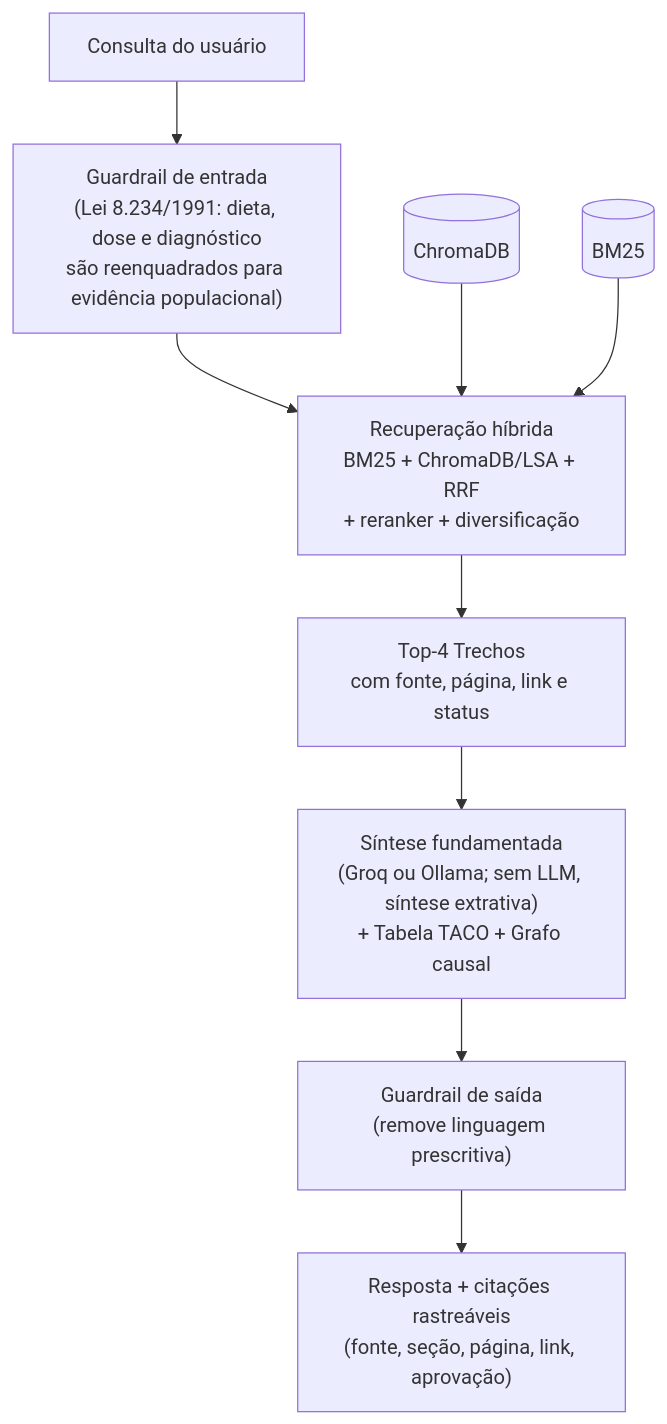
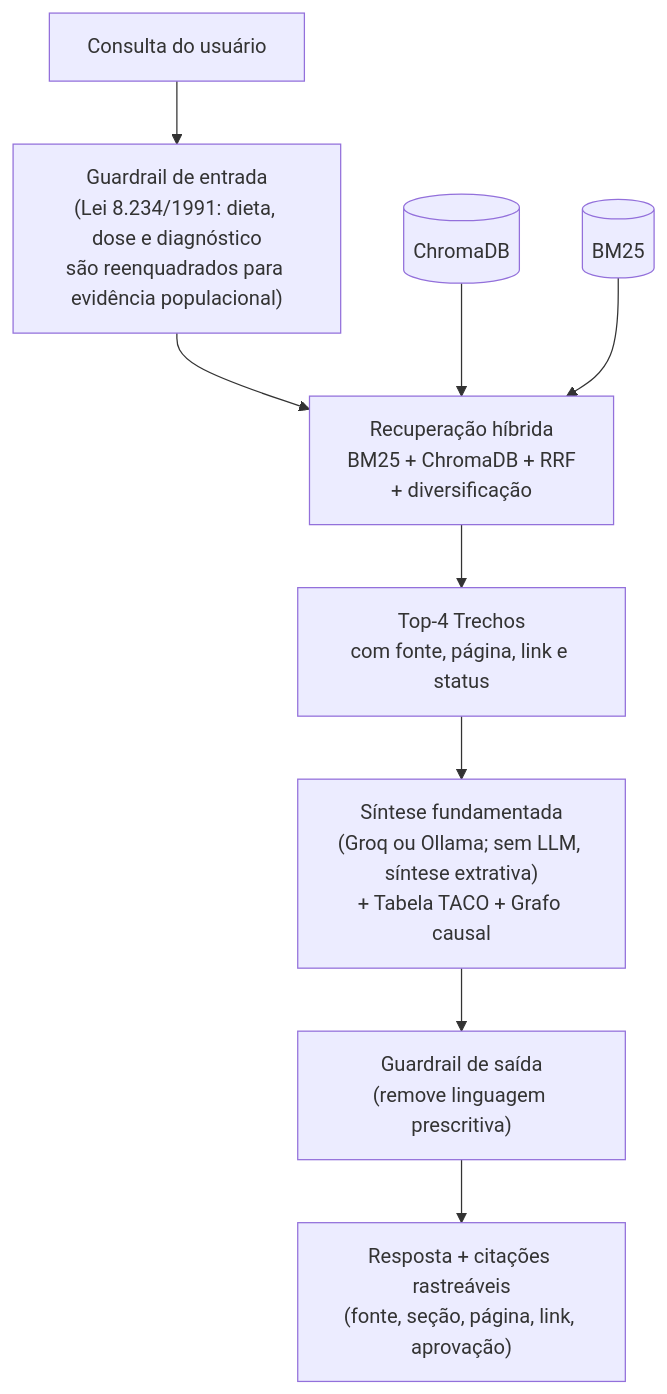
The second of 2 diagrams in docs/entrega-rag-nutricao.md (Cultiva-Challenge-2-Residencia-IA/CultivaProjetoFase1), drawn with Mermaid before and after one commit. The commit also changed other lines of this file and 15 other files, not shown here.

First line of the commit message:
feat(rag): RRF puro sobre BM25 + ChromaDB como ranking padrão (#35)

````diff
--- a/docs/entrega-rag-nutricao.md
+++ b/docs/entrega-rag-nutricao.md
@@ -92,11 +92,11 @@
 ```mermaid
 flowchart TD
     Q["Consulta do usuário"] --> GE["Guardrail de entrada<br/>(Lei 8.234/1991: dieta, dose e diagnóstico<br/>são reenquadrados para evidência populacional)"]
-    GE --> HR["Recuperação híbrida<br/>BM25 + ChromaDB/LSA + RRF<br/>+ reranker + diversificação"]
+    GE --> HR["Recuperação híbrida<br/>BM25 + ChromaDB + RRF<br/>+ diversificação"]
     DB[("ChromaDB")] --> HR
     B[("BM25")] --> HR
     HR --> K["Top-4 Trechos<br/>com fonte, página, link e status"]
     K --> S["Síntese fundamentada<br/>(Groq ou Ollama; sem LLM, síntese extrativa)<br/>+ Tabela TACO + Grafo causal"]
     S --> GS["Guardrail de saída<br/>(remove linguagem prescritiva)"]
     GS --> R["Resposta + citações rastreáveis<br/>(fonte, seção, página, link, aprovação)"]
 ```
````
